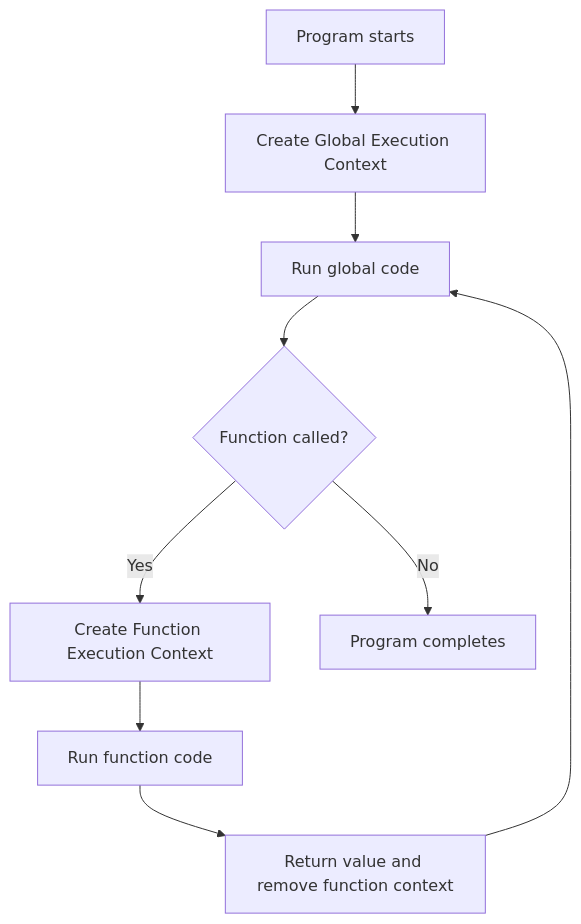
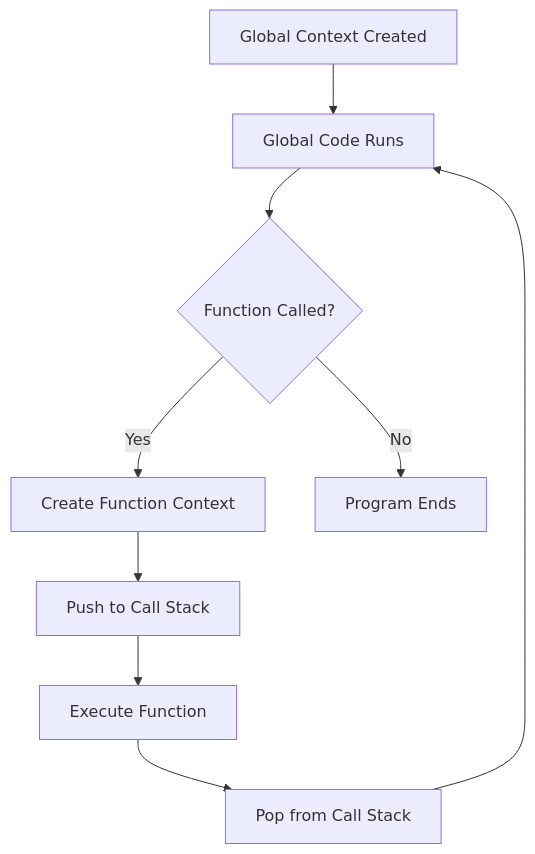
Before and after one commit to AbhishekDhone7/javascript-git-basics: the second of 16 diagrams in JavaScript-Beginners-Guide.md, drawn with Mermaid. The commit also changed other lines of this file and 1 other file, not shown here.

````diff
--- a/JavaScript-Beginners-Guide.md
+++ b/JavaScript-Beginners-Guide.md
@@ -146,11 +132,11 @@
 ```mermaid
 flowchart TD
-A[Program starts] --> B[Create Global Execution Context]
-B --> C[Run global code]
-C --> D{Function called?}
-D -- Yes --> E[Create Function Execution Context]
-E --> F[Run function code]
-F --> G[Return value and remove function context]
-G --> C
-D -- No --> H[Program completes]
+A[Global Context Created] --> B[Global Code Runs]
+B --> C{Function Called?}
+C -- Yes --> D[Create Function Context]
+D --> E[Push to Call Stack]
+E --> F[Execute Function]
+F --> G[Pop from Call Stack]
+G --> B
+C -- No --> H[Program Ends]
 ```
````
